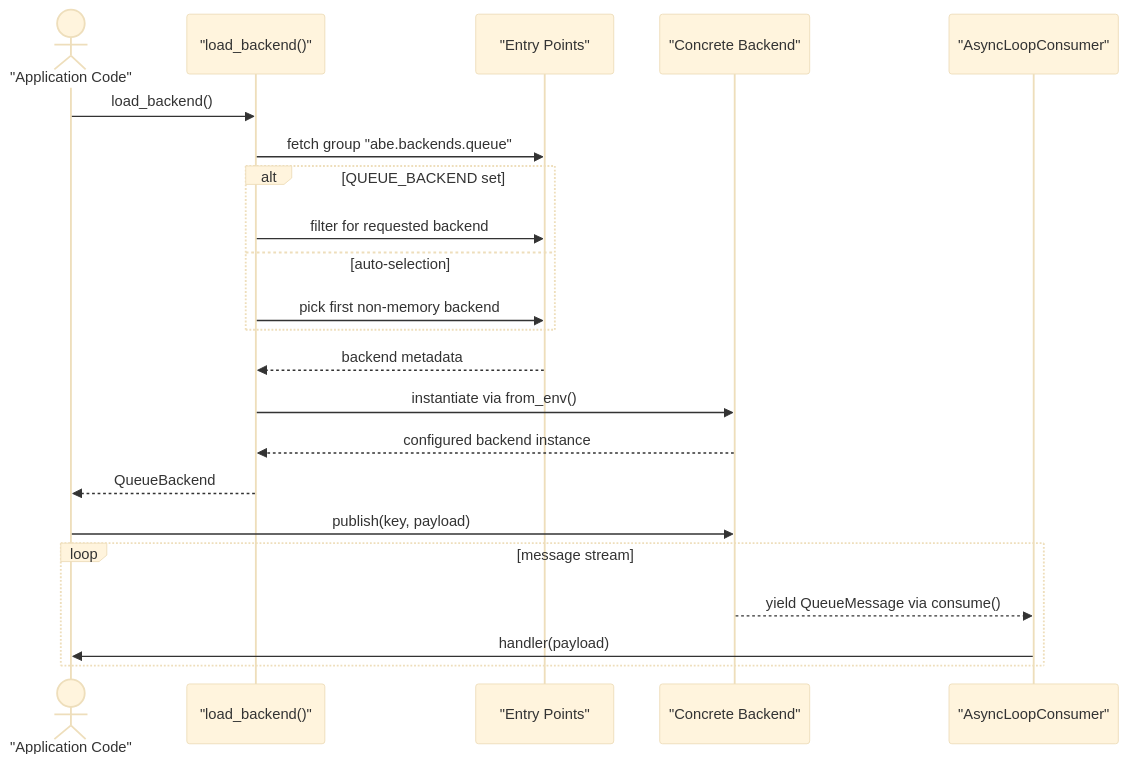
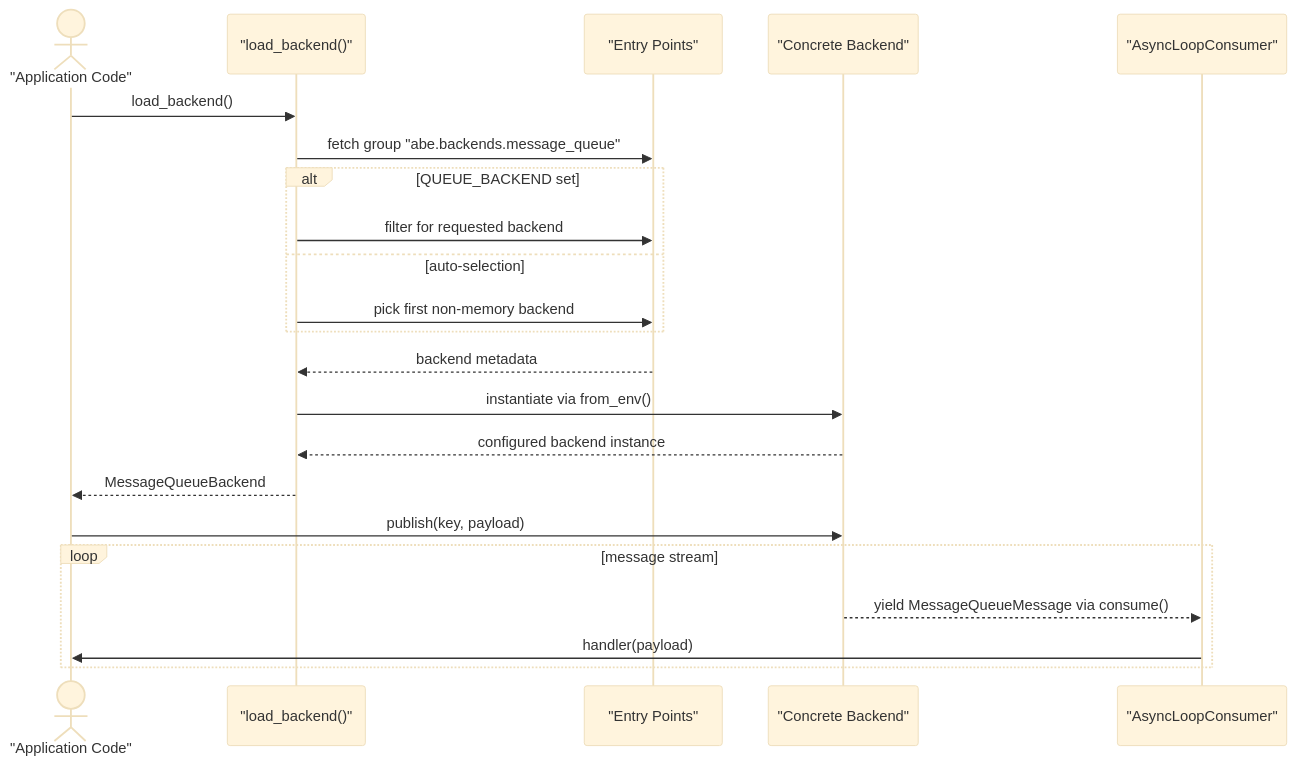
The first of 2 diagrams in docs/contents/development/architecture/runtime-flow.mdx (Chisanan232/abstract-backend), drawn with Mermaid (base theme) before and after one commit. The commit also changed other lines of this file and 15 other files, not shown here.

Commit message:
♻️ Update all the naming usages about *queue* to be *message queue* in the documentation.

````diff
--- a/docs/contents/development/architecture/runtime-flow.mdx
+++ b/docs/contents/development/architecture/runtime-flow.mdx
@@ -13,26 +13,26 @@
 ```mermaid
 sequenceDiagram
     actor Dev as "Application Code"
     participant Loader as "load_backend()"
     participant Entry as "Entry Points"
     participant Provider as "Concrete Backend"
     participant Consumer as "AsyncLoopConsumer"
 
     Dev->>Loader: load_backend()
-    Loader->>Entry: fetch group "abe.backends.queue"
+    Loader->>Entry: fetch group "abe.backends.message_queue"
     alt QUEUE_BACKEND set
         Loader->>Entry: filter for requested backend
     else auto-selection
         Loader->>Entry: pick first non-memory backend
     end
     Entry-->>Loader: backend metadata
     Loader->>Provider: instantiate via from_env()
     Provider-->>Loader: configured backend instance
-    Loader-->>Dev: QueueBackend
+    Loader-->>Dev: MessageQueueBackend
 
     Dev->>Provider: publish(key, payload)
     loop message stream
-        Provider-->>Consumer: yield QueueMessage via consume()
+        Provider-->>Consumer: yield MessageQueueMessage via consume()
         Consumer->>Dev: handler(payload)
     end
 ```
````
